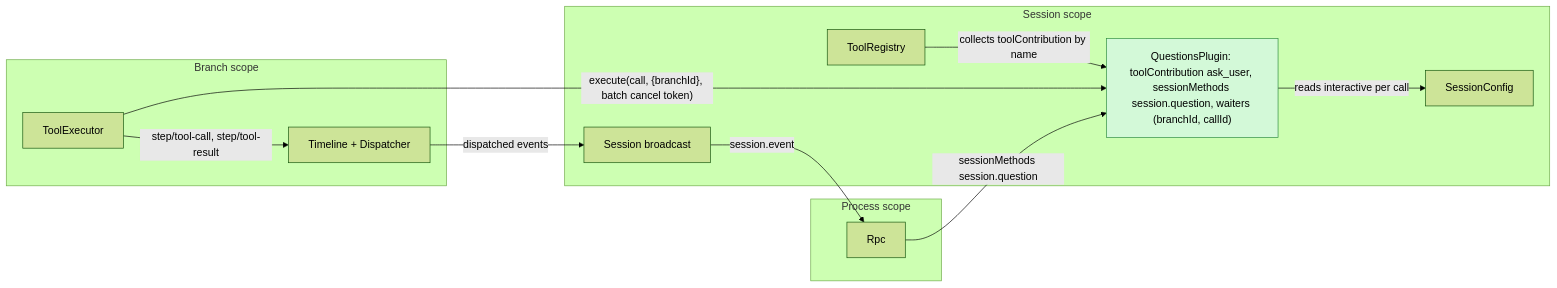
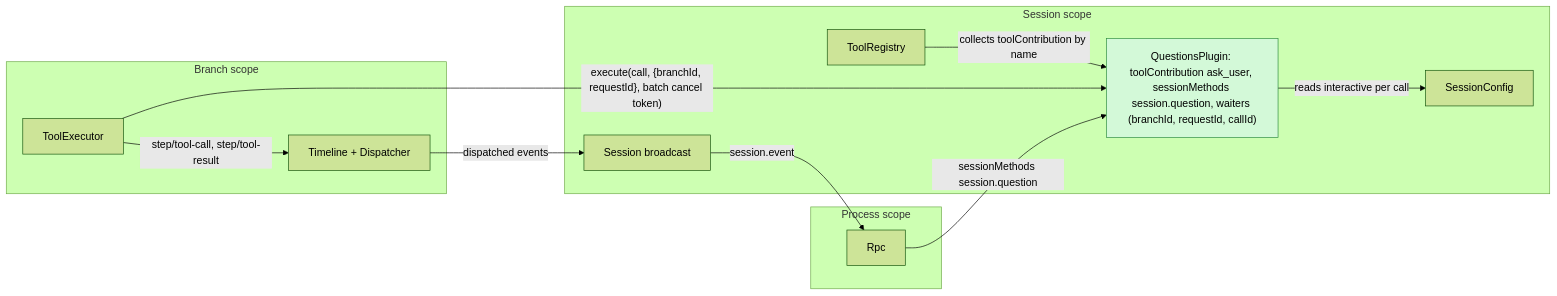
One commit to CoutinhoTTS/dim-agent changed the first of 4 diagrams in docs/design/plugins/Questions.md. Above: the diagram before and after it, drawn with Mermaid (forest theme). The commit also changed other lines of this file and 5 other files, not shown here.

First line of the commit message:
docs(questions): name a waiting call by its model request id (#144)

````diff
--- a/docs/design/plugins/Questions.md
+++ b/docs/design/plugins/Questions.md
@@ -20,24 +21,24 @@
 ```mermaid
 flowchart LR
   subgraph P["Process scope"]
     RPC["Rpc"]
   end
   subgraph S["Session scope"]
-    QS["QuestionsPlugin: toolContribution ask_user, sessionMethods session.question, waiters (branchId, callId)"]:::new
+    QS["QuestionsPlugin: toolContribution ask_user, sessionMethods session.question, waiters (branchId, requestId, callId)"]:::new
     TR["ToolRegistry"]
     CFG["SessionConfig"]
     SB["Session broadcast"]
   end
   subgraph B["Branch scope"]
     TE["ToolExecutor"]
     TL["Timeline + Dispatcher"]
   end
   TR -- "collects toolContribution by name" --> QS
-  TE -- "execute(call, {branchId}, batch cancel token)" --> QS
+  TE -- "execute(call, {branchId, requestId}, batch cancel token)" --> QS
   RPC -- "sessionMethods session.question" --> QS
   QS -- "reads interactive per call" --> CFG
   TE -- "step/tool-call, step/tool-result" --> TL
   TL -- "dispatched events" --> SB
   SB -- "session.event" --> RPC
   classDef new fill:#d3f9d8,stroke:#2b8a3e,color:#000
 ```
````
